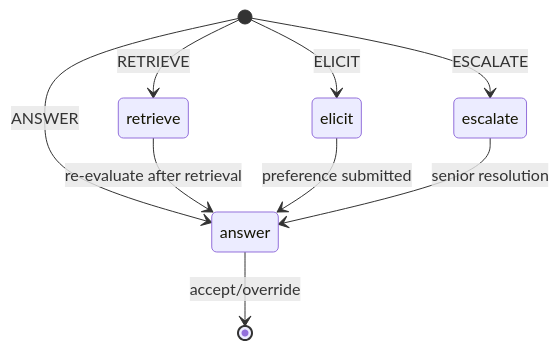
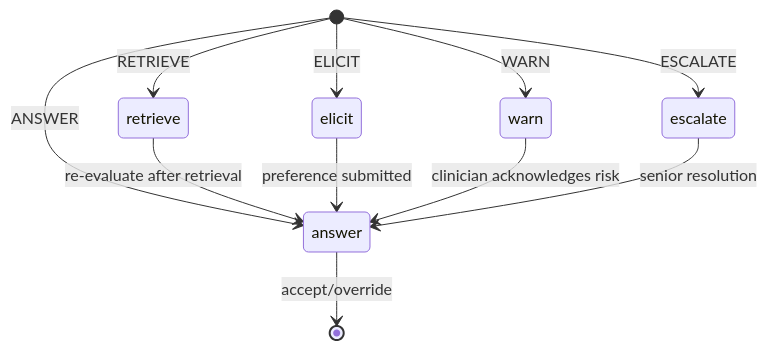
One commit to AbirHasanArko/ConsiliumMD-legacy changed the second of 2 diagrams in README.md. Above: the diagram before and after it, drawn with Mermaid. The commit also changed other lines of this file and 2 other files, not shown here.

````diff
--- a/README.md
+++ b/README.md
@@ -326,11 +332,13 @@
 ```mermaid
 stateDiagram-v2
     [*] --> answer: ANSWER
     [*] --> retrieve: RETRIEVE
     [*] --> elicit: ELICIT
+    [*] --> warn: WARN
     [*] --> escalate: ESCALATE
     retrieve --> answer: re-evaluate after retrieval
     elicit --> answer: preference submitted
+    warn --> answer: clinician acknowledges risk
     answer --> [*]: accept/override
     escalate --> answer: senior resolution
 ```
````
